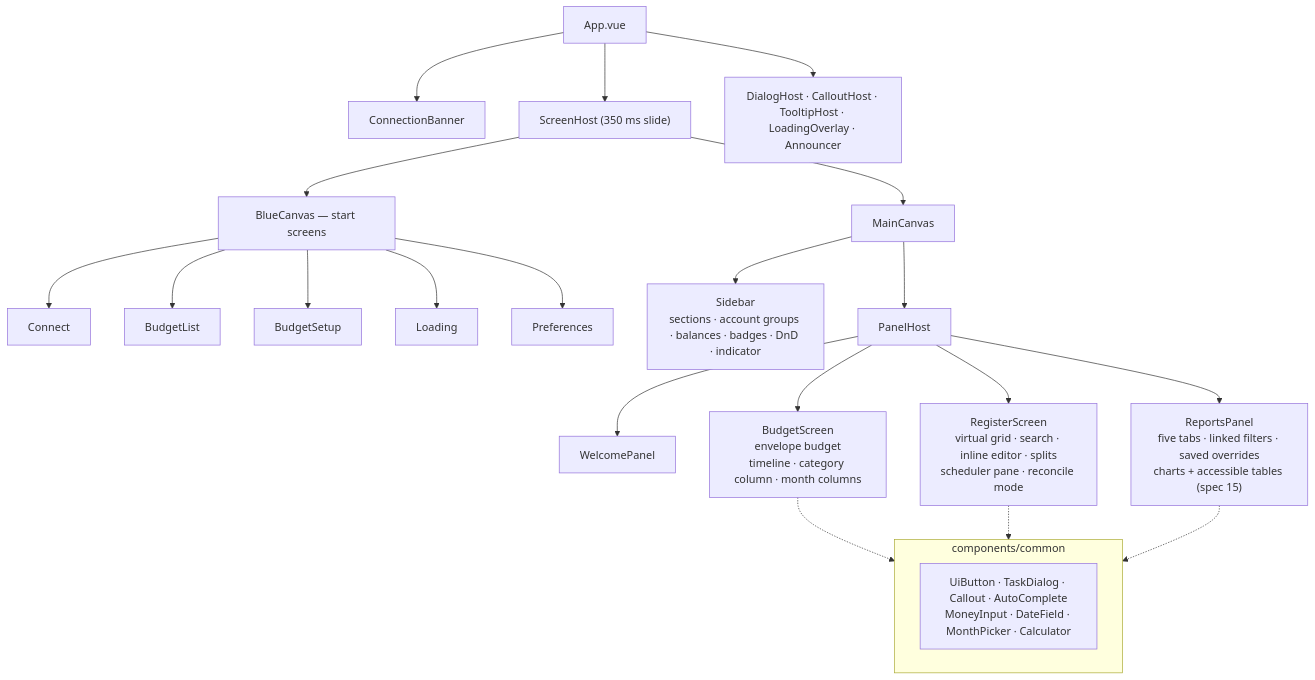
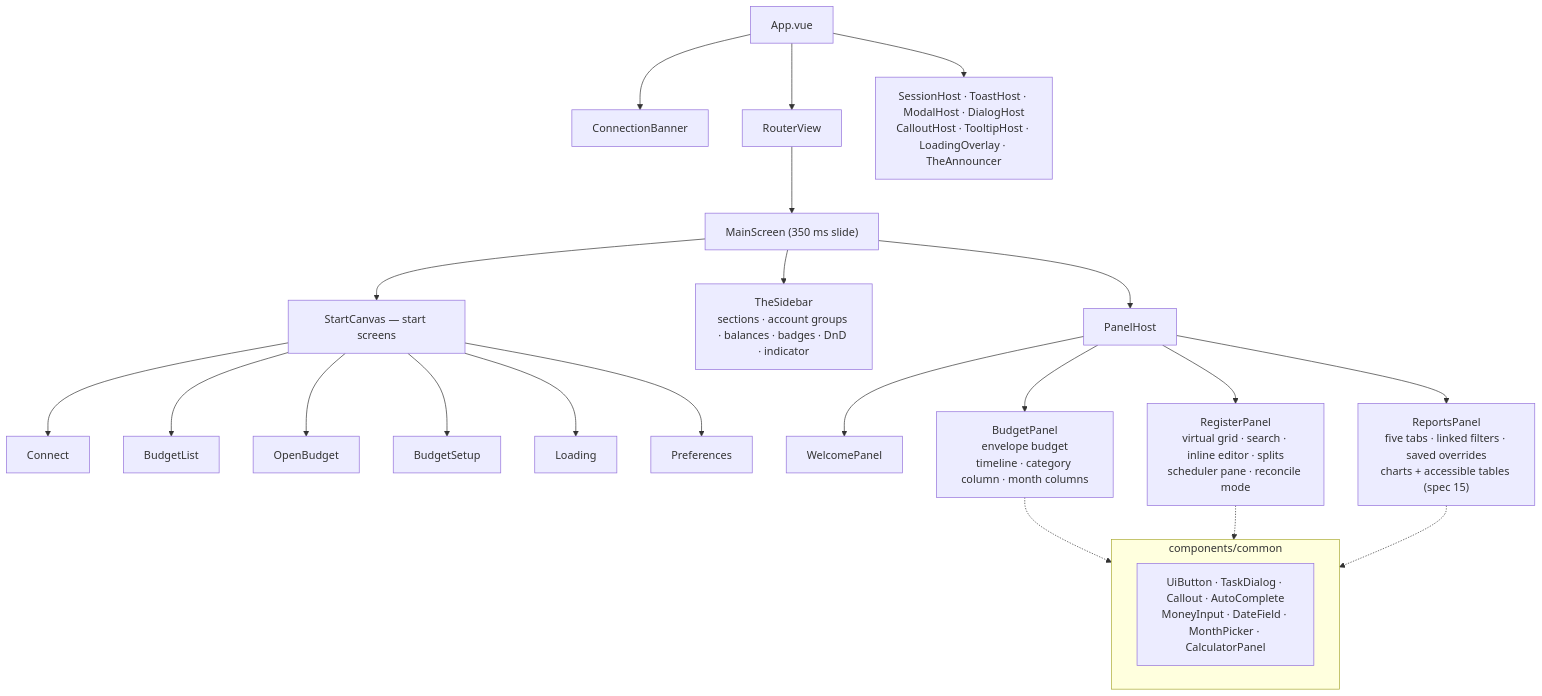
One commit to thomasjbarrett82/actuality changed the eighth of 12 diagrams in docs/architecture.md. Above: the diagram before and after it, drawn with Mermaid. The commit also changed other lines of this file and 31 other files, not shown here.

````diff
--- a/docs/architecture.md
+++ b/docs/architecture.md
@@ -369,25 +369,25 @@
 ```mermaid
 flowchart TB
     App["App.vue"]
     App --> Banner["ConnectionBanner"]
-    App --> ScreenHost["ScreenHost (350 ms slide)"]
-    App --> Hosts["DialogHost · CalloutHost · TooltipHost · LoadingOverlay · Announcer"]
+    App --> Router["RouterView"]
+    App --> Hosts["SessionHost · ToastHost · ModalHost · DialogHost<br/>CalloutHost · TooltipHost · LoadingOverlay · TheAnnouncer"]
 
-    ScreenHost --> Blue["BlueCanvas — start screens"]
-    Blue --> Connect & BudgetList & BudgetSetup & Loading & Preferences
+    Router --> MainScreen["MainScreen (350 ms slide)"]
+    MainScreen --> Start["StartCanvas — start screens"]
+    Start --> Connect & BudgetList & OpenBudget & BudgetSetup & Loading & Preferences
 
-    ScreenHost --> MainCanvas
-    MainCanvas --> Sidebar["Sidebar<br/>sections · account groups · balances · badges · DnD · indicator"]
-    MainCanvas --> PanelHost
+    MainScreen --> Sidebar["TheSidebar<br/>sections · account groups · balances · badges · DnD · indicator"]
+    MainScreen --> PanelHost
     PanelHost --> Welcome["WelcomePanel"]
-    PanelHost --> Budget["BudgetScreen<br/>envelope budget<br/>timeline · category column · month columns"]
-    PanelHost --> Register["RegisterScreen<br/>virtual grid · search · inline editor · splits<br/>scheduler pane · reconcile mode"]
+    PanelHost --> Budget["BudgetPanel<br/>envelope budget<br/>timeline · category column · month columns"]
+    PanelHost --> Register["RegisterPanel<br/>virtual grid · search · inline editor · splits<br/>scheduler pane · reconcile mode"]
     PanelHost --> Reports["ReportsPanel<br/>five tabs · linked filters · saved overrides<br/>charts + accessible tables (spec 15)"]
 
     subgraph common["components/common"]
-        cc["UiButton · TaskDialog · Callout · AutoComplete<br/>MoneyInput · DateField · MonthPicker · Calculator"]
+        cc["UiButton · TaskDialog · Callout · AutoComplete<br/>MoneyInput · DateField · MonthPicker · CalculatorPanel"]
     end
     Budget -.-> common
     Register -.-> common
     Reports -.-> common
 ```
````
